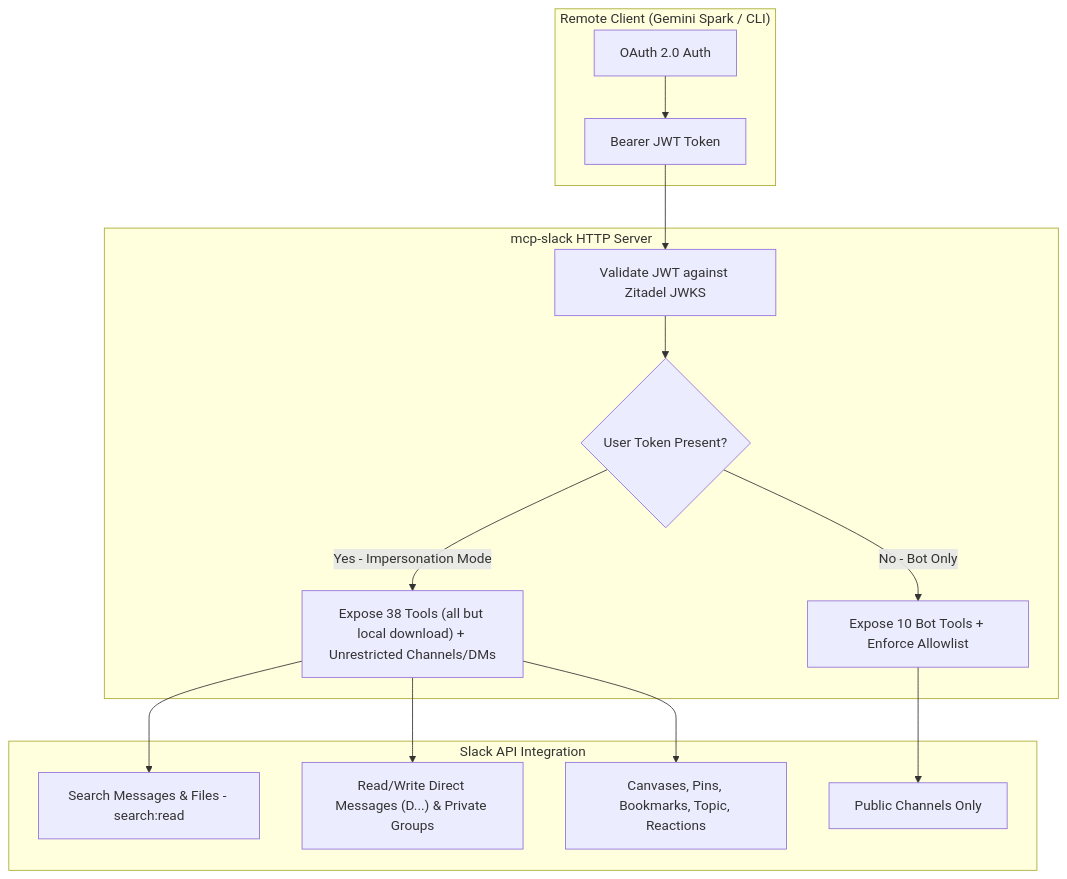
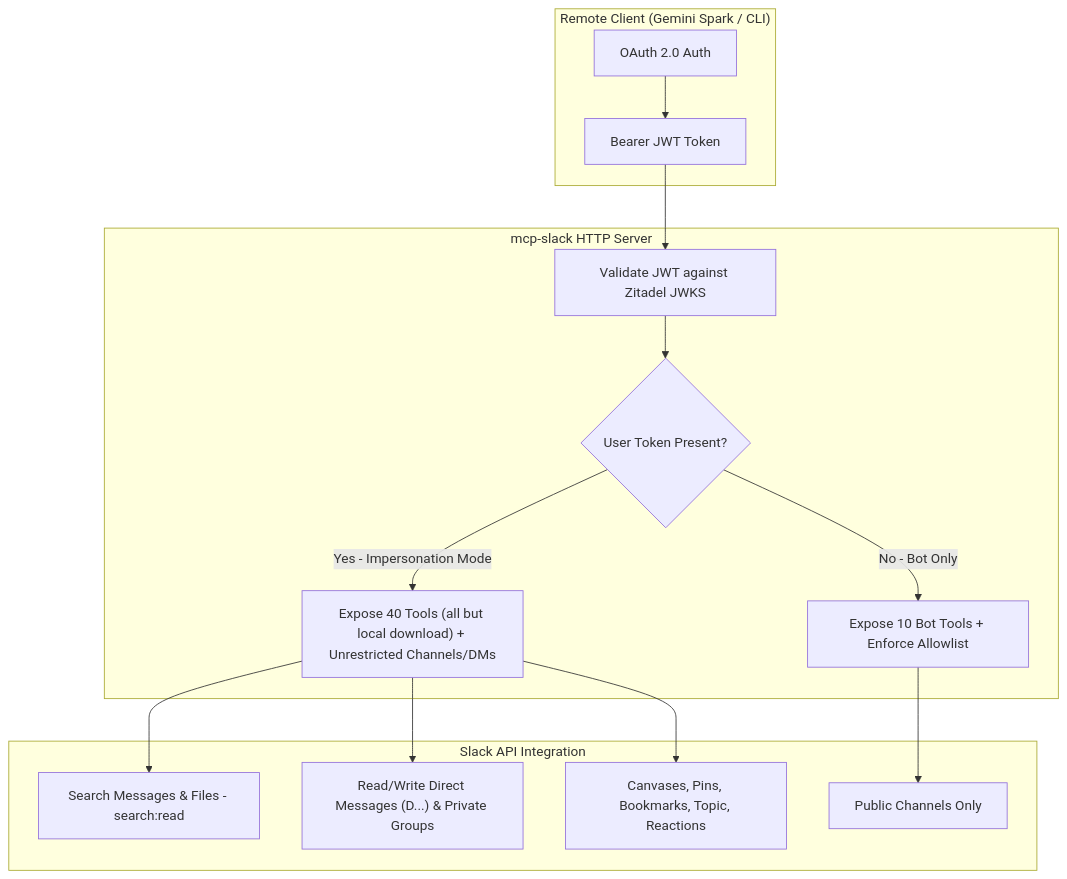
Before and after one commit to VitruvianSoftware/vitruvian-core: the first of 3 diagrams in apps/mcp/slack/README.md, drawn with Mermaid. The commit also changed other lines of this file and 6 other files, not shown here.

````diff
--- a/apps/mcp/slack/README.md
+++ b/apps/mcp/slack/README.md
@@ -18,20 +18,20 @@
 ```mermaid
 flowchart TD
     subgraph Client["Remote Client (Gemini Spark / CLI)"]
         A["OAuth 2.0 Auth"] --> B["Bearer JWT Token"]
     end
 
     subgraph Service["mcp-slack HTTP Server"]
         B --> C["Validate JWT against Zitadel JWKS"]
         C --> D{"User Token Present?"}
-        D -->|Yes - Impersonation Mode| E["Expose 38 Tools (all but local download) + Unrestricted Channels/DMs"]
+        D -->|Yes - Impersonation Mode| E["Expose 40 Tools (all but local download) + Unrestricted Channels/DMs"]
         D -->|No - Bot Only| F["Expose 10 Bot Tools + Enforce Allowlist"]
     end
 
     subgraph Slack["Slack API Integration"]
         E --> G["Search Messages & Files - search:read"]
         E --> H["Read/Write Direct Messages (D...) & Private Groups"]
         E --> I["Canvases, Pins, Bookmarks, Topic, Reactions"]
         F --> J["Public Channels Only"]
     end
 ```
````
